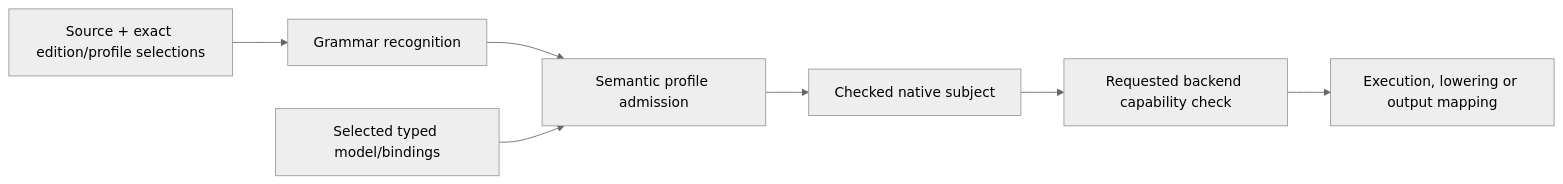
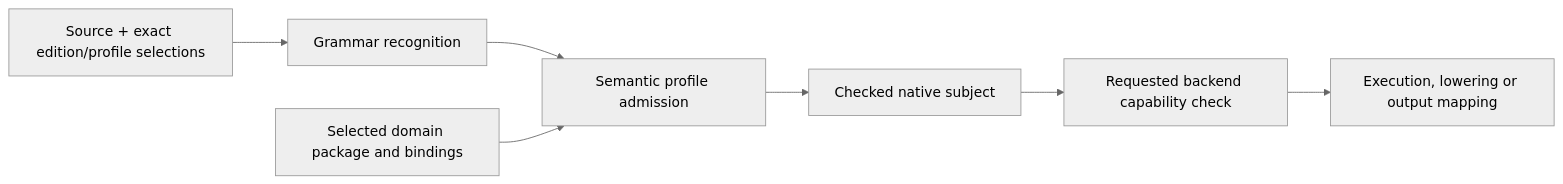
The diagram in spec/assurance/AD-003-native-quire-language-charter.md (agent-ix/quire-specification), drawn with Mermaid (neutral theme) before and after one commit. The commit also changed other lines of this file and 30 other files, not shown here.

Commit message:
Foundation, package contract and grammar import spec-declared domain packages (#77)

````diff
--- a/spec/assurance/AD-003-native-quire-language-charter.md
+++ b/spec/assurance/AD-003-native-quire-language-charter.md
@@ -57,9 +60,9 @@
 ```mermaid
 flowchart LR
   S[Source + exact edition/profile selections] --> R[Grammar recognition]
   R --> A[Semantic profile admission]
-  M[Selected typed model/bindings] --> A
+  M[Selected domain package and bindings] --> A
   A --> C[Checked native subject]
   C --> B[Requested backend capability check]
   B --> X[Execution, lowering or output mapping]
 ```
````
